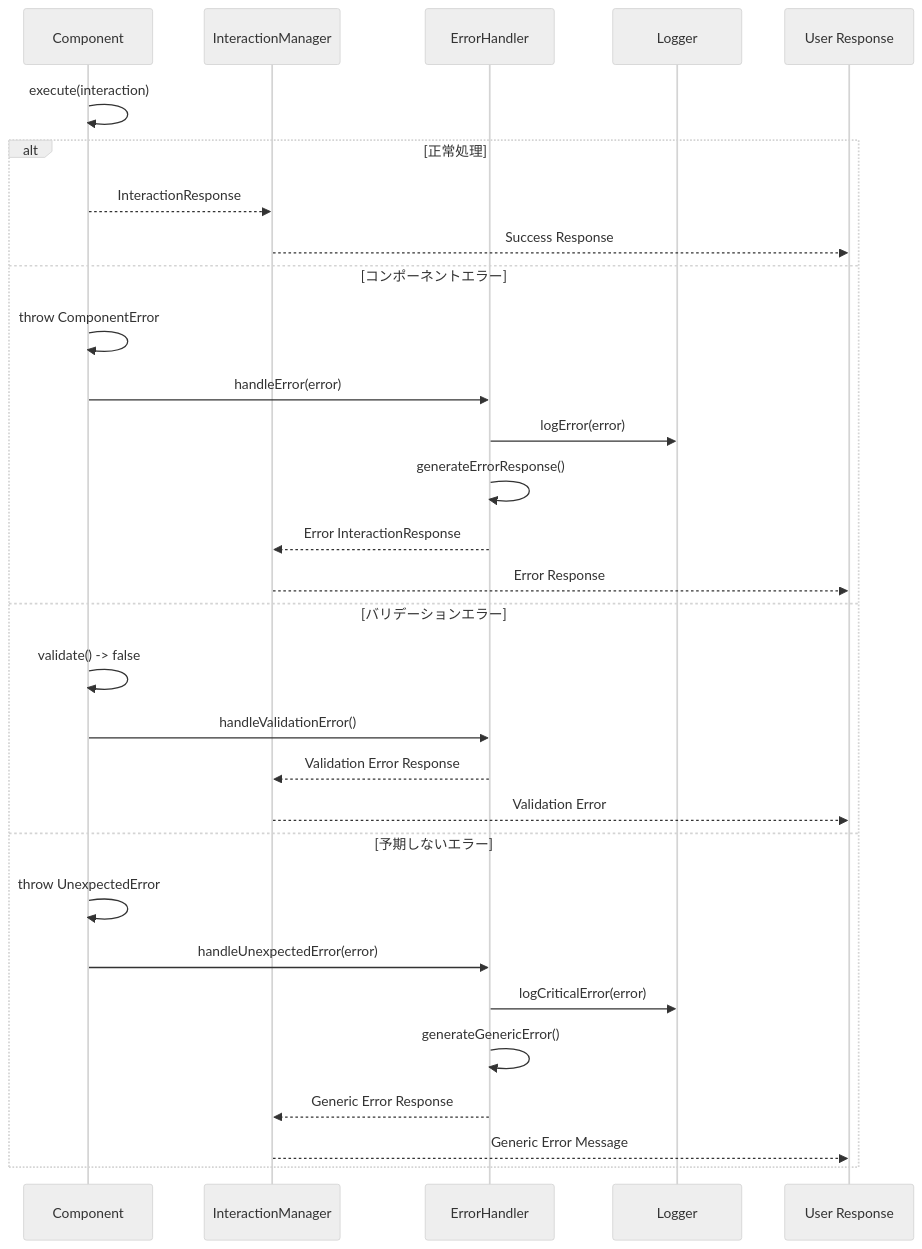
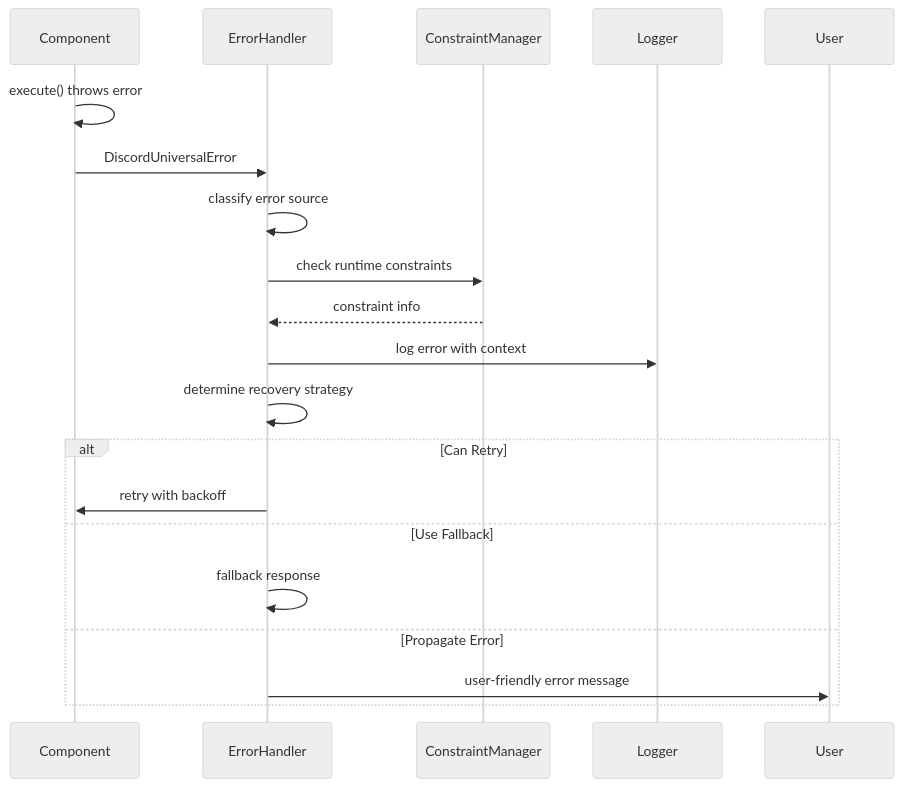
One commit to Rollphes/discord-wrapper changed the sixth of 8 diagrams in ARCHITECTURE.md. Above: the diagram before and after it, drawn with Mermaid (neutral theme). The commit also changed other lines of this file and 4 other files, not shown here.

First line of the commit message:
feat: Implement unified runtime constraints management and error handling

````diff
--- a/ARCHITECTURE.md
+++ b/ARCHITECTURE.md
@@ -404,34 +267,24 @@
 ```mermaid
 sequenceDiagram
     participant COMP as Component
-    participant MANAGER as InteractionManager
-    participant HANDLER as ErrorHandler
-    participant LOGGER as Logger
-    participant USER as User Response
+    participant ERROR as ErrorHandler
+    participant CONSTRAINT as ConstraintManager
+    participant LOG as Logger
+    participant USER as User
 
-    COMP->>COMP: execute(interaction)
+    COMP->>COMP: execute() throws error
+    COMP->>ERROR: DiscordUniversalError
+    ERROR->>ERROR: classify error source
+    ERROR->>CONSTRAINT: check runtime constraints
+    CONSTRAINT-->>ERROR: constraint info
+    ERROR->>LOG: log error with context
+    ERROR->>ERROR: determine recovery strategy
 
-    alt 正常処理
-        COMP-->>MANAGER: InteractionResponse
-        MANAGER-->>USER: Success Response
-    else コンポーネントエラー
-        COMP->>COMP: throw ComponentError
-        COMP->>HANDLER: handleError(error)
-        HANDLER->>LOGGER: logError(error)
-        HANDLER->>HANDLER: generateErrorResponse()
-        HANDLER-->>MANAGER: Error InteractionResponse
-        MANAGER-->>USER: Error Response
-    else バリデーションエラー
-        COMP->>COMP: validate() -> false
-        COMP->>HANDLER: handleValidationError()
-        HANDLER-->>MANAGER: Validation Error Response
-        MANAGER-->>USER: Validation Error
-    else 予期しないエラー
-        COMP->>COMP: throw UnexpectedError
-        COMP->>HANDLER: handleUnexpectedError(error)
-        HANDLER->>LOGGER: logCriticalError(error)
-        HANDLER->>HANDLER: generateGenericError()
-        HANDLER-->>MANAGER: Generic Error Response
-        MANAGER-->>USER: Generic Error Message
+    alt Can Retry
+        ERROR->>COMP: retry with backoff
+    else Use Fallback
+        ERROR->>ERROR: fallback response
+    else Propagate Error
+        ERROR->>USER: user-friendly error message
     end
 ```
````
